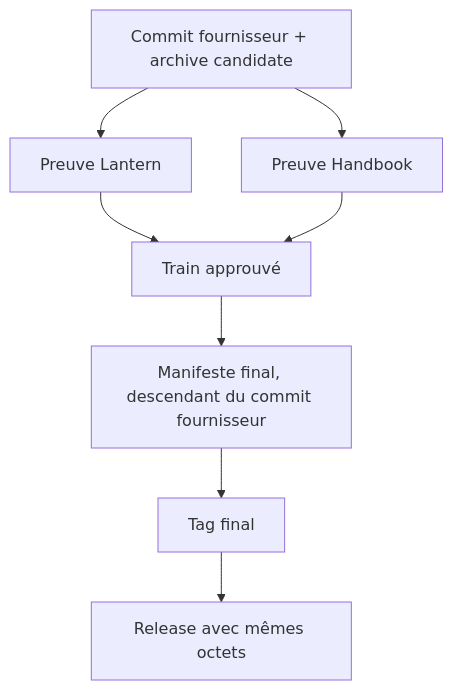
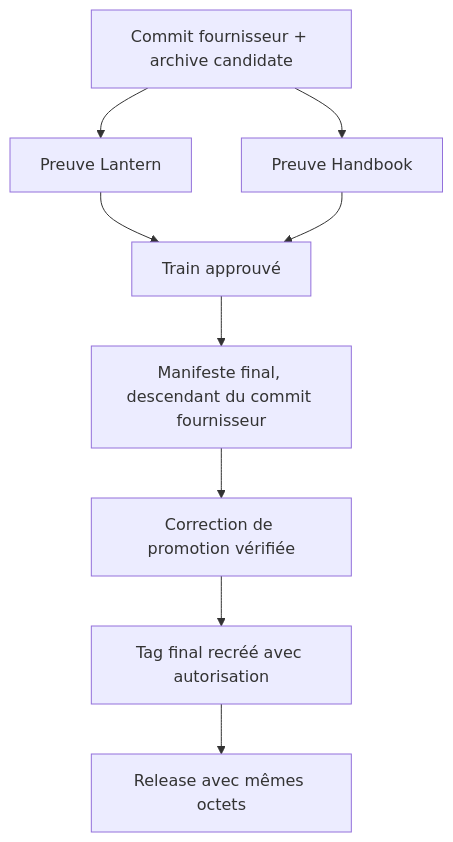
Before and after one commit to RebelliousSmile/schema-adrenaline: the first of 2 diagrams in aidd_docs/tasks/2026_09/2026_09_23_open-issues-remediation/phase-3.md, drawn with Mermaid. The commit also changed other lines of this file and 1 other file, not shown here.

Commit message:
fix(release): resolve committed manifest paths [skip ci]

````diff
--- a/aidd_docs/tasks/2026_09/2026_09_23_open-issues-remediation/phase-3.md
+++ b/aidd_docs/tasks/2026_09/2026_09_23_open-issues-remediation/phase-3.md
@@ -21,10 +22,11 @@
 ```mermaid
 flowchart TD
   A[Commit fournisseur + archive candidate] --> B[Preuve Lantern]
   A --> C[Preuve Handbook]
   B --> D[Train approuvé]
   C --> D
   D --> E[Manifeste final, descendant du commit fournisseur]
-  E --> F[Tag final]
-  F --> G[Release avec mêmes octets]
+  E --> F[Correction de promotion vérifiée]
+  F --> G[Tag final recréé avec autorisation]
+  G --> H[Release avec mêmes octets]
 ```
````
